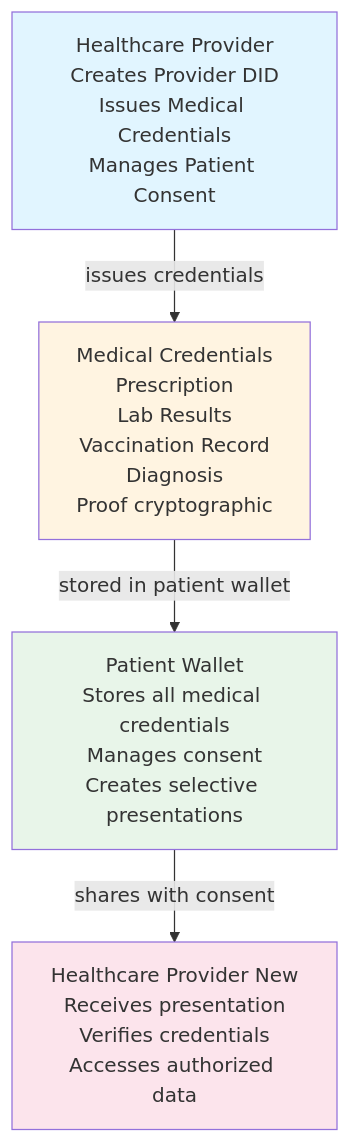
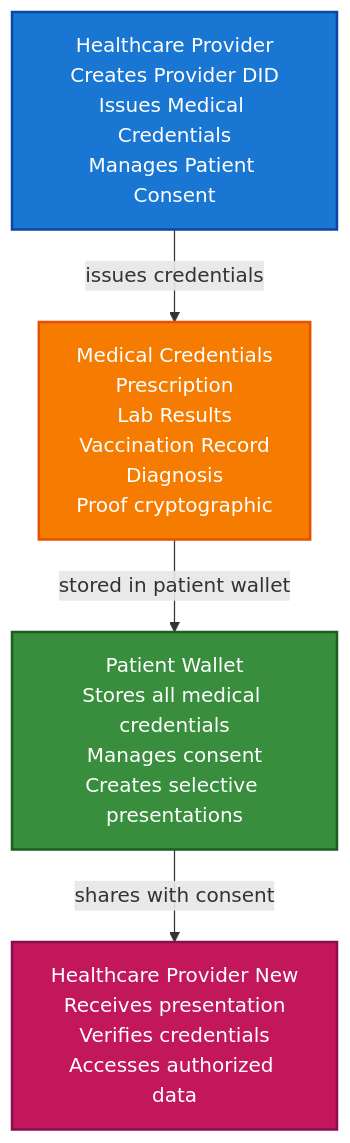
One commit to geoknoesis/trustweave changed the diagram in docs/getting-started/healthcare-medical-records-scenario.md. Above: the diagram before and after it, drawn with Mermaid. The commit also changed 16 other files, not shown here.

First line of the commit message:
docs: Improve Mermaid diagram contrast and add new scenarios

````diff
--- a/docs/getting-started/healthcare-medical-records-scenario.md
+++ b/docs/getting-started/healthcare-medical-records-scenario.md
@@ -117,11 +117,11 @@
 ```mermaid
 flowchart TD
     A[Healthcare Provider<br/>Creates Provider DID<br/>Issues Medical Credentials<br/>Manages Patient Consent] -->|issues credentials| B[Medical Credentials<br/>Prescription<br/>Lab Results<br/>Vaccination Record<br/>Diagnosis<br/>Proof cryptographic]
     B -->|stored in patient wallet| C[Patient Wallet<br/>Stores all medical credentials<br/>Manages consent<br/>Creates selective presentations]
     C -->|shares with consent| D[Healthcare Provider New<br/>Receives presentation<br/>Verifies credentials<br/>Accesses authorized data]
     
-    style A fill:#e1f5ff
-    style B fill:#fff4e1
-    style C fill:#e8f5e9
-    style D fill:#fce4ec
+    style A fill:#1976d2,stroke:#0d47a1,stroke-width:2px,color:#fff
+    style B fill:#f57c00,stroke:#e65100,stroke-width:2px,color:#fff
+    style C fill:#388e3c,stroke:#1b5e20,stroke-width:2px,color:#fff
+    style D fill:#c2185b,stroke:#880e4f,stroke-width:2px,color:#fff
 ```
````
